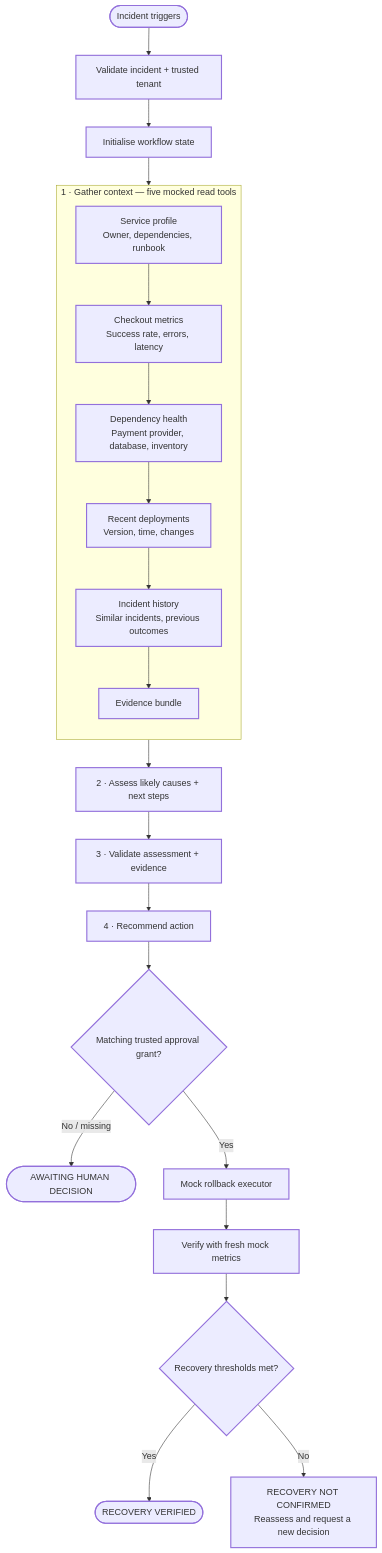
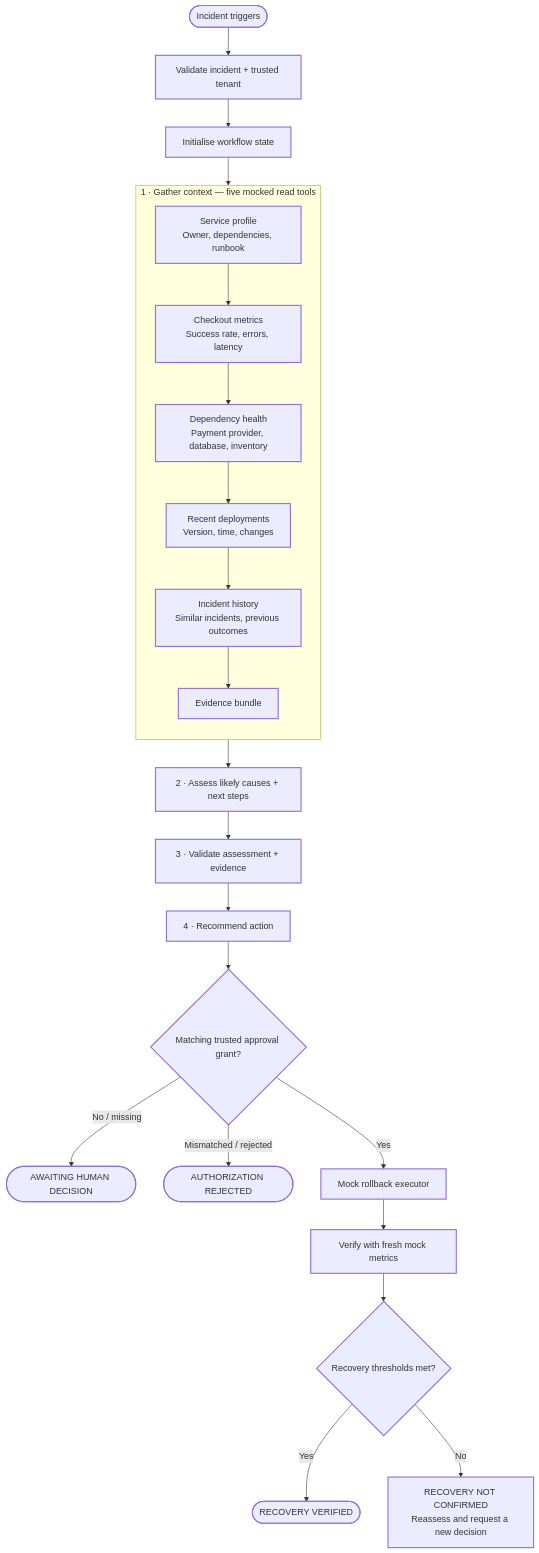
Before and after one commit to rudolfo-felix/pager-duty: the diagram in README.md, drawn with Mermaid. The commit also changed other lines of this file, not shown here.

Commit message:
Document all mock action paths and rejected grants

````diff
--- a/README.md
+++ b/README.md
@@ -48,32 +48,33 @@
 ```mermaid
 flowchart TD
     A(["Incident triggers"]) --> B["Validate incident + trusted tenant"]
     B --> C["Initialise workflow state"]
 
     subgraph G["1 · Gather context — five mocked read tools"]
       direction TB
       T1["Service profile<br/>Owner, dependencies, runbook"]
       T2["Checkout metrics<br/>Success rate, errors, latency"]
       T3["Dependency health<br/>Payment provider, database, inventory"]
       T4["Recent deployments<br/>Version, time, changes"]
       T5["Incident history<br/>Similar incidents, previous outcomes"]
       T1 --> T2 --> T3 --> T4 --> T5
       T5 --> E["Evidence bundle"]
     end
 
     C --> T1
     E --> F["2 · Assess likely causes + next steps"]
     F --> V["3 · Validate assessment + evidence"]
     V --> H["4 · Recommend action"]
     H --> Z{"Matching trusted approval grant?"}
 
     Z -- "No / missing" --> M(["AWAITING HUMAN DECISION"])
+    Z -- "Mismatched / rejected" --> R(["AUTHORIZATION REJECTED"])
     Z -- "Yes" --> J["Mock rollback executor"]
     J --> N["Verify with fresh mock metrics"]
     N --> O{"Recovery thresholds met?"}
     O -- "Yes" --> P(["RECOVERY VERIFIED"])
     O -- "No" --> Q["RECOVERY NOT CONFIRMED<br/>Reassess and request a new decision"]
 
     classDef implemented stroke-width:2px
-    class A,B,C,T1,T2,T3,T4,T5,E,F,V,H,Z,J,N,O,P,Q,M implemented
+    class A,B,C,T1,T2,T3,T4,T5,E,F,V,H,Z,J,N,O,P,Q,M,R implemented
 ```
````
